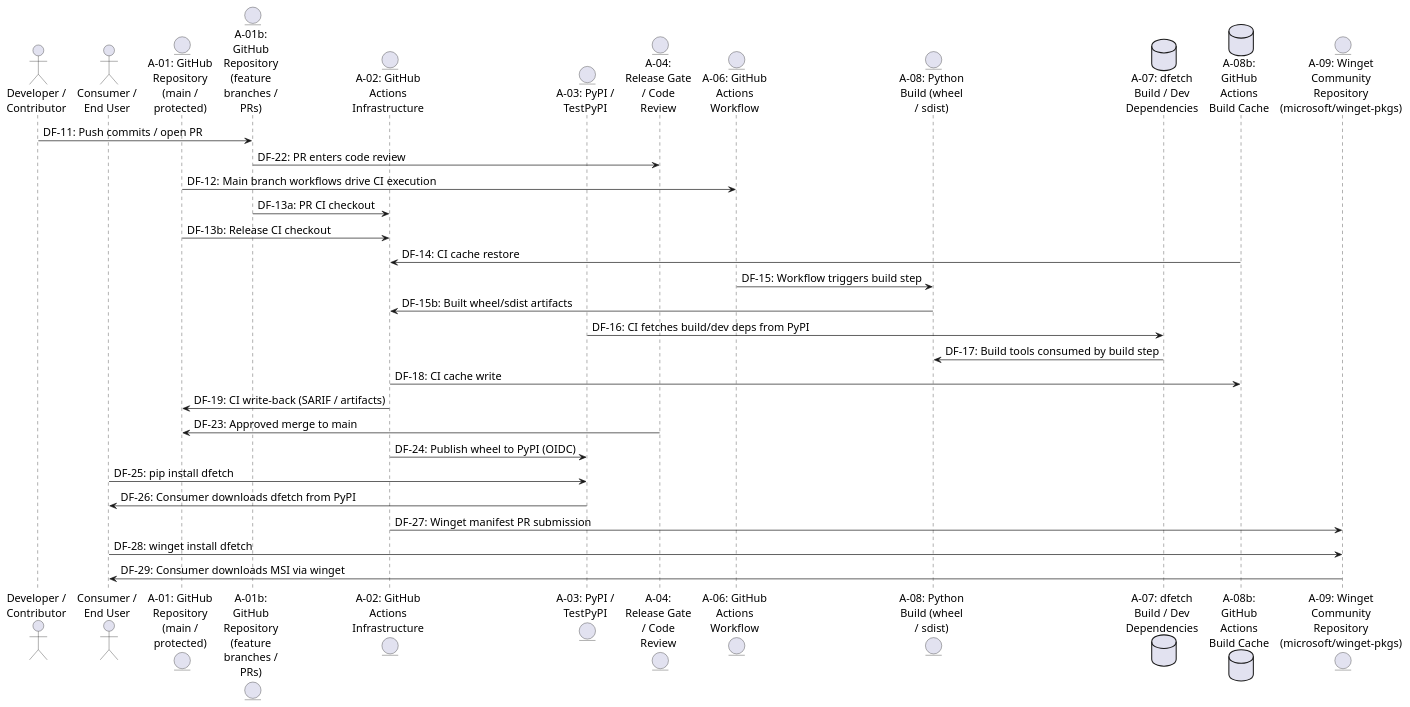
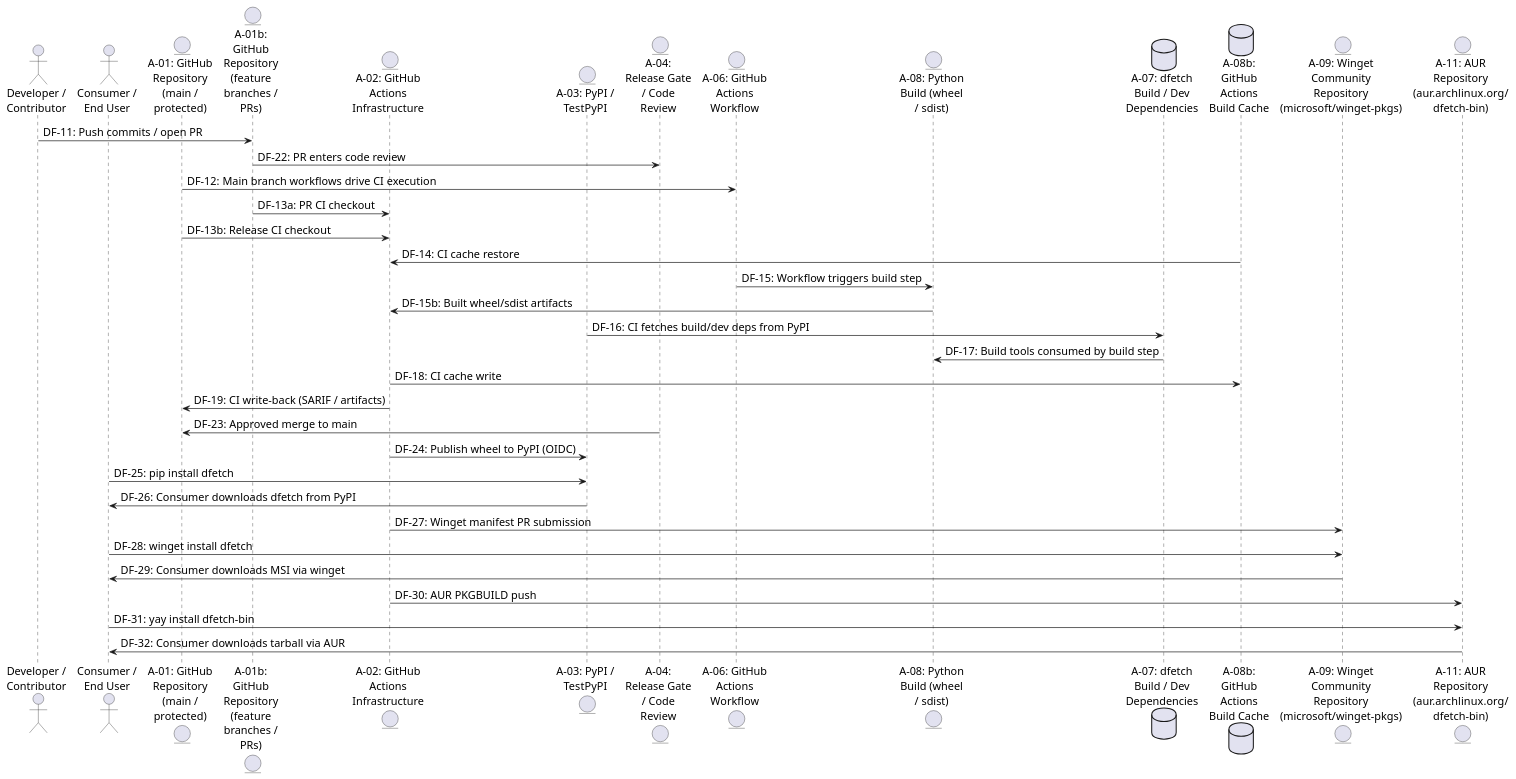
The second of 2 diagrams in doc/explanation/threat_model_supply_chain.rst (dfetch-org/dfetch), drawn with PlantUML before and after one commit. The commit also changed other lines of this file and 10 other files, not shown here.

First line of the commit message:
Add AUR package and move distribution actions to subfolder (#1319)

```diff
--- a/doc/explanation/threat_model_supply_chain.rst
+++ b/doc/explanation/threat_model_supply_chain.rst
@@ -446,37 +489,41 @@
 .. uml::
 
    @startuml
    skinparam defaultFontSize 16
    actor actor_DeveloperContributor_d2006ce1bb as "Developer /\nContributor"
    actor actor_ConsumerEndUser_f8af758679 as "Consumer /\nEnd User"
    entity externalentity_AGitHubRepositorymainprotected_2c440ebe53 as "A-01: GitHub\nRepository\n(main /\nprotected)"
    entity externalentity_AbGitHubRepositoryfeaturebranchesPRs_0291419f72 as "A-01b:\nGitHub\nRepository\n(feature\nbranches /\nPRs)"
    entity externalentity_AGitHubActionsInfrastructure_c76a0a7067 as "A-02: GitHub\nActions\nInfrastructure"
    entity externalentity_APyPITestPyPI_c6f87088c2 as "A-03: PyPI /\nTestPyPI"
    entity process_AReleaseGateCodeReview_9345ab4c19 as "A-04:\nRelease Gate\n/ Code\nReview"
    entity process_AGitHubActionsWorkflow_86e4604564 as "A-06: GitHub\nActions\nWorkflow"
    entity process_APythonBuildwheelsdist_b2e5892d06 as "A-08: Python\nBuild (wheel\n/ sdist)"
    database datastore_AdfetchBuildDevDependencies_990b886585 as "A-07: dfetch\nBuild / Dev\nDependencies"
    database datastore_AbGitHubActionsBuildCache_9df04f8dae as "A-08b:\nGitHub\nActions\nBuild Cache"
    entity externalentity_AWingetCommunityRepositorymicrosoftwingetpkgs_7113ed0f48 as "A-09: Winget\nCommunity\nRepository\n(microsoft/winget-pkgs)"
+   entity externalentity_AAURRepositoryaurarchlinuxorgdfetchbin_aur as "A-11: AUR\nRepository\n(aur.archlinux.org/\ndfetch-bin)"
 
    actor_DeveloperContributor_d2006ce1bb -> externalentity_AbGitHubRepositoryfeaturebranchesPRs_0291419f72: DF-11: Push commits / open PR
    externalentity_AbGitHubRepositoryfeaturebranchesPRs_0291419f72 -> process_AReleaseGateCodeReview_9345ab4c19: DF-22: PR enters code review
    externalentity_AGitHubRepositorymainprotected_2c440ebe53 -> process_AGitHubActionsWorkflow_86e4604564: DF-12: Main branch workflows drive CI execution
    externalentity_AbGitHubRepositoryfeaturebranchesPRs_0291419f72 -> externalentity_AGitHubActionsInfrastructure_c76a0a7067: DF-13a: PR CI checkout
    externalentity_AGitHubRepositorymainprotected_2c440ebe53 -> externalentity_AGitHubActionsInfrastructure_c76a0a7067: DF-13b: Release CI checkout
    datastore_AbGitHubActionsBuildCache_9df04f8dae -> externalentity_AGitHubActionsInfrastructure_c76a0a7067: DF-14: CI cache restore
    process_AGitHubActionsWorkflow_86e4604564 -> process_APythonBuildwheelsdist_b2e5892d06: DF-15: Workflow triggers build step
    process_APythonBuildwheelsdist_b2e5892d06 -> externalentity_AGitHubActionsInfrastructure_c76a0a7067: DF-15b: Built wheel/sdist artifacts
    externalentity_APyPITestPyPI_c6f87088c2 -> datastore_AdfetchBuildDevDependencies_990b886585: DF-16: CI fetches build/dev deps from PyPI
    datastore_AdfetchBuildDevDependencies_990b886585 -> process_APythonBuildwheelsdist_b2e5892d06: DF-17: Build tools consumed by build step
    externalentity_AGitHubActionsInfrastructure_c76a0a7067 -> datastore_AbGitHubActionsBuildCache_9df04f8dae: DF-18: CI cache write
    externalentity_AGitHubActionsInfrastructure_c76a0a7067 -> externalentity_AGitHubRepositorymainprotected_2c440ebe53: DF-19: CI write-back (SARIF / artifacts)
    process_AReleaseGateCodeReview_9345ab4c19 -> externalentity_AGitHubRepositorymainprotected_2c440ebe53: DF-23: Approved merge to main
    externalentity_AGitHubActionsInfrastructure_c76a0a7067 -> externalentity_APyPITestPyPI_c6f87088c2: DF-24: Publish wheel to PyPI (OIDC)
    actor_ConsumerEndUser_f8af758679 -> externalentity_APyPITestPyPI_c6f87088c2: DF-25: pip install dfetch
    externalentity_APyPITestPyPI_c6f87088c2 -> actor_ConsumerEndUser_f8af758679: DF-26: Consumer downloads dfetch from PyPI
    externalentity_AGitHubActionsInfrastructure_c76a0a7067 -> externalentity_AWingetCommunityRepositorymicrosoftwingetpkgs_7113ed0f48: DF-27: Winget manifest PR submission
    actor_ConsumerEndUser_f8af758679 -> externalentity_AWingetCommunityRepositorymicrosoftwingetpkgs_7113ed0f48: DF-28: winget install dfetch
    externalentity_AWingetCommunityRepositorymicrosoftwingetpkgs_7113ed0f48 -> actor_ConsumerEndUser_f8af758679: DF-29: Consumer downloads MSI via winget
+   externalentity_AGitHubActionsInfrastructure_c76a0a7067 -> externalentity_AAURRepositoryaurarchlinuxorgdfetchbin_aur: DF-30: AUR PKGBUILD push
+   actor_ConsumerEndUser_f8af758679 -> externalentity_AAURRepositoryaurarchlinuxorgdfetchbin_aur: DF-31: yay install dfetch-bin
+   externalentity_AAURRepositoryaurarchlinuxorgdfetchbin_aur -> actor_ConsumerEndUser_f8af758679: DF-32: Consumer downloads tarball via AUR
    @enduml
```
